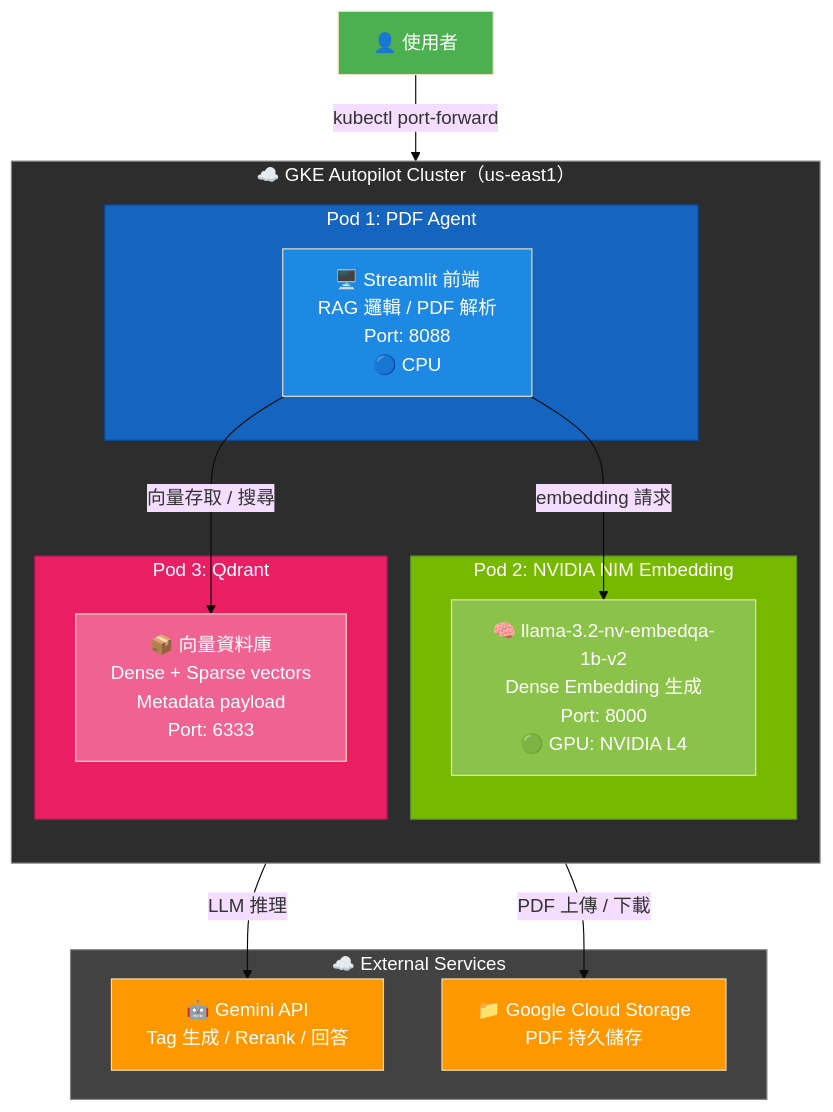
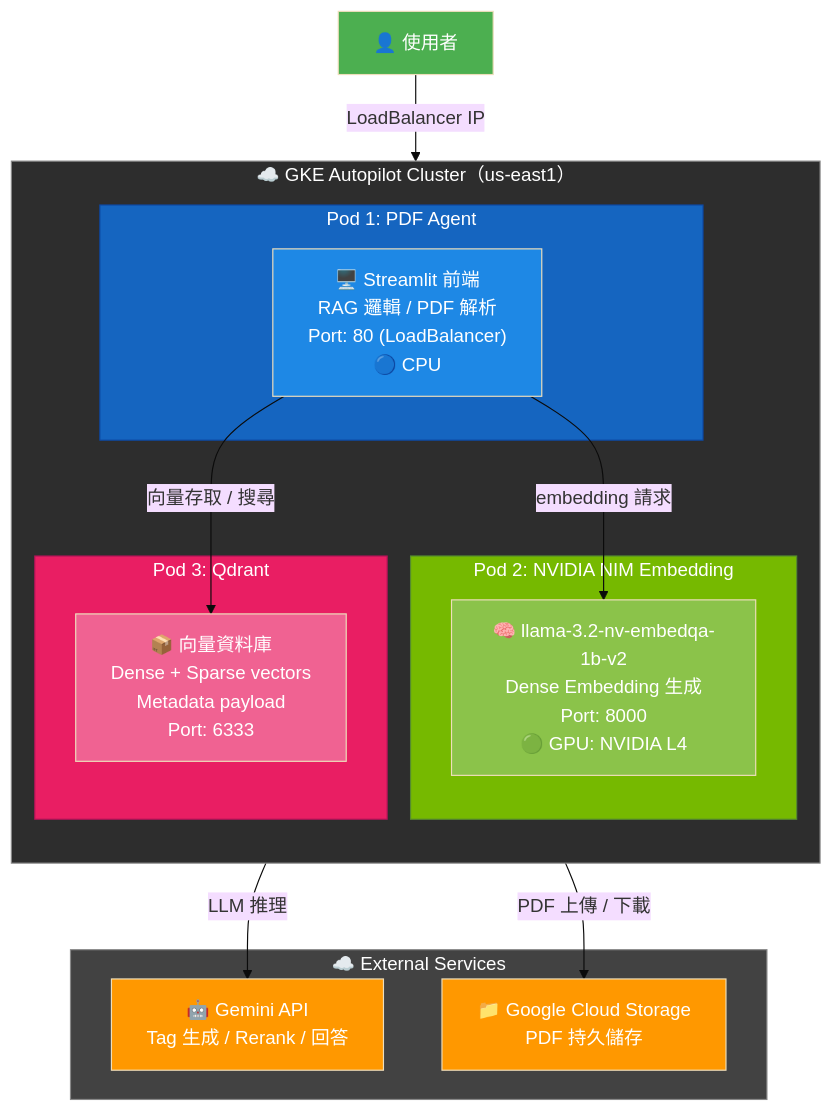
The first of 6 diagrams in docs/pdf_pipeline_flowchart.md (spike688023/pdf_parser_agent), drawn with Mermaid (base theme) before and after one commit. The commit also changed 1 other file, not shown here.

Commit message:
Update docs to reflect new LoadBalancer setup

````diff
--- a/docs/pdf_pipeline_flowchart.md
+++ b/docs/pdf_pipeline_flowchart.md
@@ -5,43 +5,43 @@
 ```mermaid
 flowchart TB
     subgraph GKE["☁️ GKE Autopilot Cluster（us-east1）"]
         direction TB
         
         subgraph pod1["Pod 1: PDF Agent"]
-            A["🖥️ Streamlit 前端<br/>RAG 邏輯 / PDF 解析<br/>Port: 8088<br/>🔵 CPU"]
+            A["🖥️ Streamlit 前端<br/>RAG 邏輯 / PDF 解析<br/>Port: 80 (LoadBalancer)<br/>🔵 CPU"]
         end
         
         subgraph pod2["Pod 2: NVIDIA NIM Embedding"]
             B["🧠 llama-3.2-nv-embedqa-1b-v2<br/>Dense Embedding 生成<br/>Port: 8000<br/>🟢 GPU: NVIDIA L4"]
         end
         
         subgraph pod3["Pod 3: Qdrant"]
             C["📦 向量資料庫<br/>Dense + Sparse vectors<br/>Metadata payload<br/>Port: 6333"]
         end
         
         A -->|"embedding 請求"| B
         A -->|"向量存取 / 搜尋"| C
     end
     
     subgraph external["☁️ External Services"]
         D["🤖 Gemini API<br/>Tag 生成 / Rerank / 回答"]
         E["📁 Google Cloud Storage<br/>PDF 持久儲存"]
     end
     
     A -->|"LLM 推理"| D
     A -->|"PDF 上傳 / 下載"| E
     
-    F["👤 使用者"] -->|"kubectl port-forward"| A
+    F["👤 使用者"] -->|"LoadBalancer IP"| A
 
     style GKE fill:#2d2d2d,stroke:#888,color:#fff
     style pod1 fill:#1565C0,stroke:#0D47A1,color:#fff
     style pod2 fill:#76B900,stroke:#558B2F,color:#fff
     style pod3 fill:#E91E63,stroke:#AD1457,color:#fff
     style A fill:#1E88E5,color:#fff
     style B fill:#8BC34A,color:#fff
     style C fill:#F06292,color:#fff
     style D fill:#FF9800,color:#fff
     style E fill:#FF9800,color:#fff
     style F fill:#4CAF50,color:#fff
     style external fill:#424242,stroke:#888,color:#fff
 ```
````
